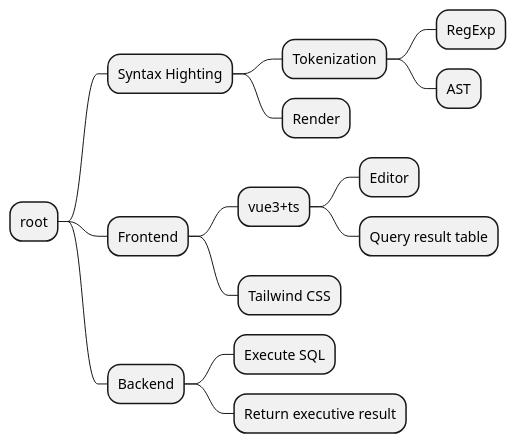
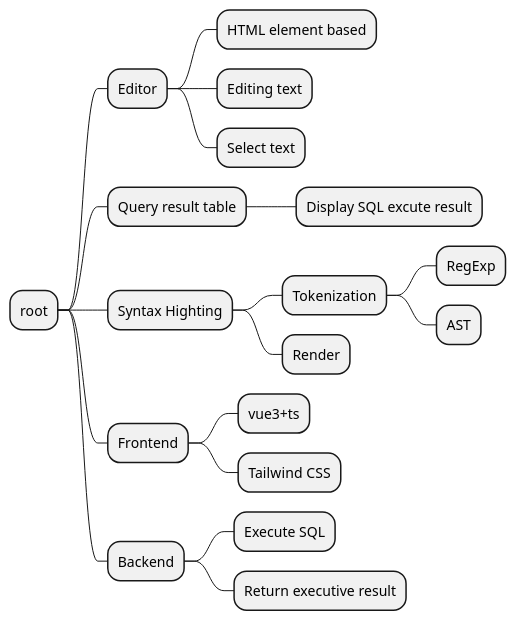
One commit to g0ne150/tiny-sql-editor changed the diagram in README.md. Above: the diagram before and after it, drawn with PlantUML. The commit also changed 7 other files, not shown here.

````diff
--- a/README.md
+++ b/README.md
@@ -11,18 +11,22 @@
 ```plantuml
 @startmindmap
 * root
+** Editor
+*** HTML element based
+*** Editing text
+*** Select text
+** Query result table
+*** Display SQL excute result
 ** Syntax Highting
 *** Tokenization
 **** RegExp
 **** AST
 *** Render
 ** Frontend
 *** vue3+ts
-**** Editor
-**** Query result table
 *** Tailwind CSS
 ** Backend
 *** Execute SQL
 *** Return executive result
 @endmindmap
 ```
````
